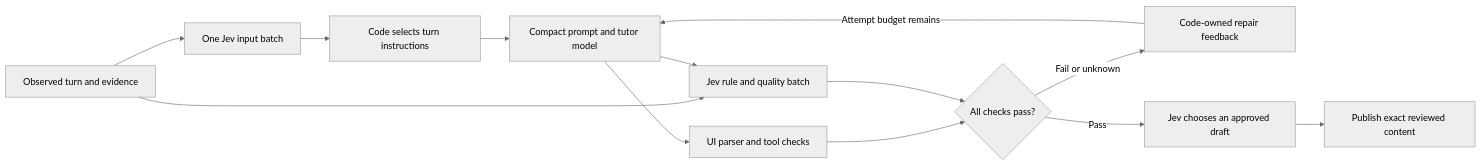
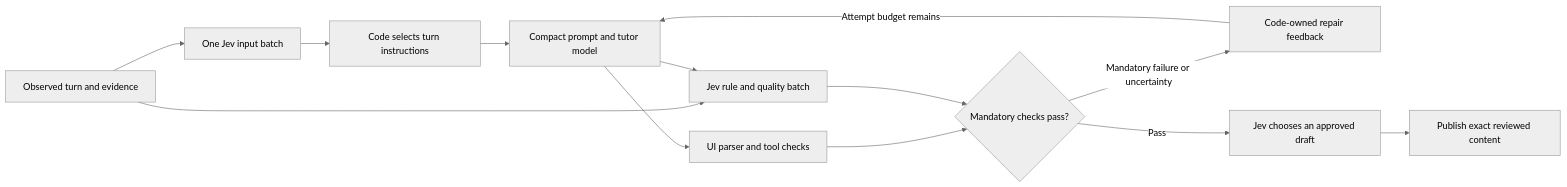
Before and after one commit to Diogenesoftoronto/keating: the diagram in docs/teaching-policy-adherence.md, drawn with Mermaid (neutral theme). The commit also changed other lines of this file and 45 other files, not shown here.

````diff
--- a/docs/teaching-policy-adherence.md
+++ b/docs/teaching-policy-adherence.md
@@ -13,15 +13,15 @@
 ```mermaid
 flowchart LR
   T[Observed turn and evidence] --> J[One Jev input batch]
   J --> D[Code selects turn instructions]
   D --> M[Compact prompt and tutor model]
   T --> R[Jev rule and quality batch]
   M --> R
   M --> C[UI parser and tool checks]
-  C --> V{All checks pass?}
+  C --> V{Mandatory checks pass?}
   R --> V
-  V -->|Fail or unknown| F[Code-owned repair feedback]
+  V -->|Mandatory failure or uncertainty| F[Code-owned repair feedback]
   F -->|Attempt budget remains| M
   V -->|Pass| S[Jev chooses an approved draft]
   S --> P[Publish exact reviewed content]
 ```
````
